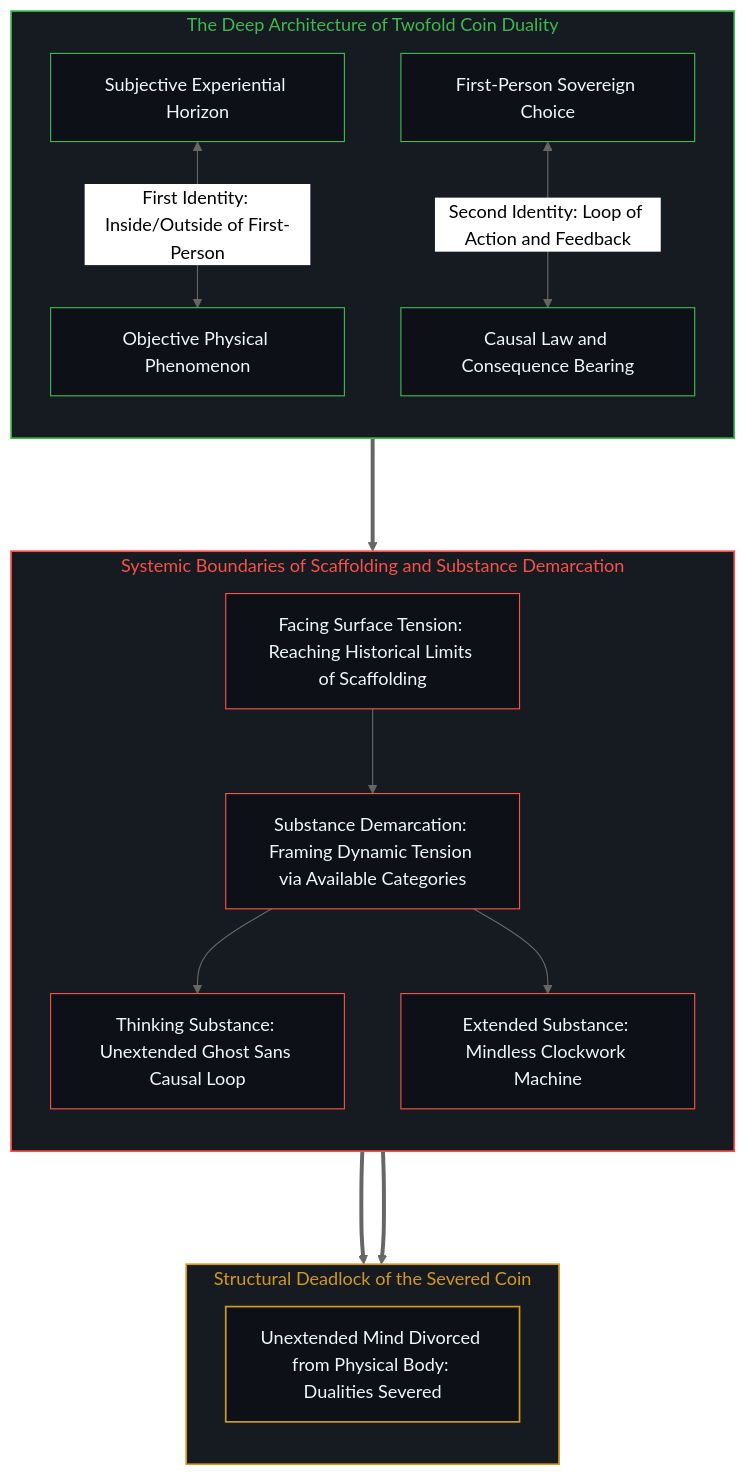
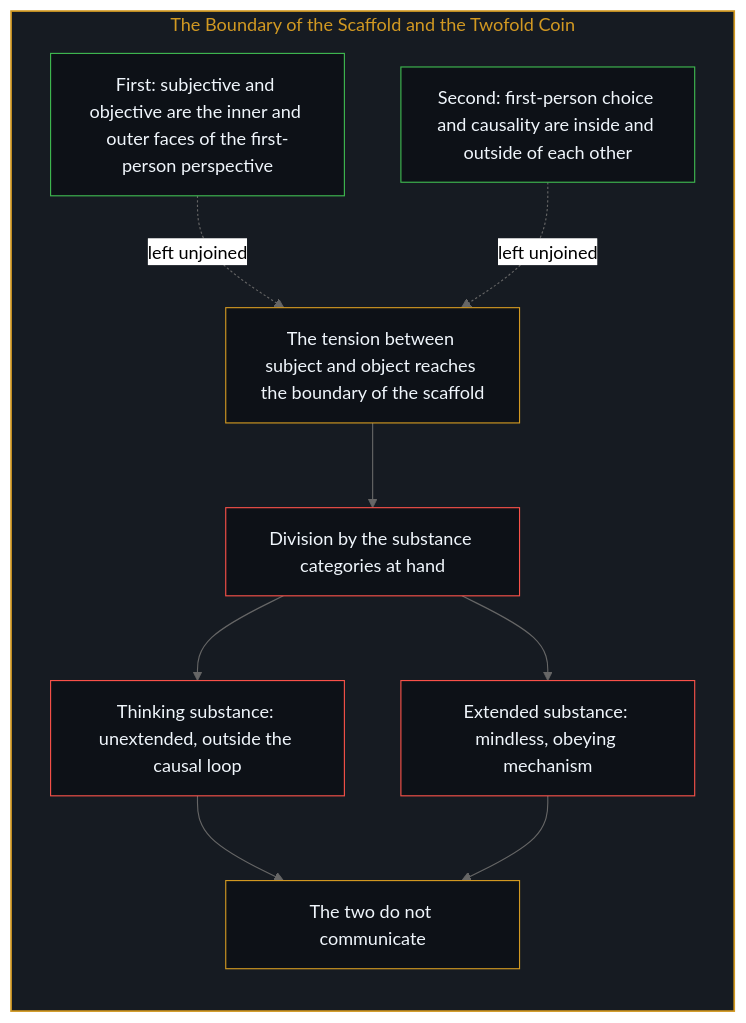
The fourth of 10 diagrams in content/posts/the-cartesian-overstep-and-the-frenzy-of-creation.md (powerpig99/not-a-toe), drawn with Mermaid (neutral theme) before and after one commit. The commit also changed other lines of this file and 2 other files, not shown here.

Commit message:
Refine the-cartesian-overstep-and-the-frenzy-of-creation: alternating bilingual layout, five paired diagrams, the chain of choices in place of claims about a machine's inside, implicit first person

````diff
--- a/content/posts/the-cartesian-overstep-and-the-frenzy-of-creation.md
+++ b/content/posts/the-cartesian-overstep-and-the-frenzy-of-creation.md
@@ -137,36 +105,29 @@
 ```mermaid
-graph TD
-    subgraph S_DualityLost_EN ["The Deep Architecture of Twofold Coin Duality"]
+flowchart TD
+    subgraph S_Coin["The Boundary of the Scaffold and the Twofold Coin"]
         direction TB
-        C1E_Subject["Subjective Experiential Horizon"] <-->|"First Identity: Inside/Outside of First-Person"| C1E_Object["Objective Physical Phenomenon"]
-        C2E_FirstPerson["First-Person Sovereign Choice"] <-->|"Second Identity: Loop of Action and Feedback"| C2E_Causality["Causal Law and Consequence Bearing"]
+        First["First: subjective and objective are the inner and outer faces of the first-person perspective"]
+        Second["Second: first-person choice and causality are inside and outside of each other"]
+        Tension["The tension between subject and object reaches the boundary of the scaffold"]
+        Reify["Division by the substance categories at hand"]
+        Cog["Thinking substance: unextended, outside the causal loop"]
+        Ext["Extended substance: mindless, obeying mechanism"]
+        Lock["The two do not communicate"]
+        First -.->|"left unjoined"| Tension
+        Second -.->|"left unjoined"| Tension
+        Tension --> Reify
+        Reify --> Cog
+        Reify --> Ext
+        Cog --> Lock
+        Ext --> Lock
     end
 
-    subgraph S_CartesianScaffolding_EN ["Systemic Boundaries of Scaffolding and Substance Demarcation"]
-        direction TB
-        RE_Surface["Facing Surface Tension: Reaching Historical Limits of Scaffolding"] --> RE_Reify["Substance Demarcation: Framing Dynamic Tension via Available Categories"]
-        RE_Reify --> RE_Cogitans["Thinking Substance: Unextended Ghost Sans Causal Loop"]
-        RE_Reify --> RE_Extensa["Extended Substance: Mindless Clockwork Machine"]
-    end
-
-    subgraph S_FracturedVoid_EN ["Structural Deadlock of the Severed Coin"]
-        direction TB
-        FE_Deadlock["Unextended Mind Divorced from Physical Body: Dualities Severed"]
-    end
-
-    C2E_Causality ===> RE_Surface
-    RE_Cogitans & RE_Extensa ===> FE_Deadlock
-
-    style S_DualityLost_EN fill:#161b22,stroke:#3fb950,stroke-width:1.5px,color:#3fb950
-    style S_CartesianScaffolding_EN fill:#161b22,stroke:#f85149,stroke-width:1.5px,color:#f85149
-    style S_FracturedVoid_EN fill:#161b22,stroke:#d29922,stroke-width:1.5px,color:#d29922
-    style C1E_Subject fill:#0d1117,stroke:#3fb950,stroke-width:1px,color:#f0f6fc
-    style C1E_Object fill:#0d1117,stroke:#3fb950,stroke-width:1px,color:#f0f6fc
-    style C2E_FirstPerson fill:#0d1117,stroke:#3fb950,stroke-width:1px,color:#f0f6fc
-    style C2E_Causality fill:#0d1117,stroke:#3fb950,stroke-width:1px,color:#f0f6fc
-    style RE_Surface fill:#0d1117,stroke:#f85149,stroke-width:1px,color:#f0f6fc
-    style RE_Reify fill:#0d1117,stroke:#f85149,stroke-width:1px,color:#f0f6fc
-    style RE_Cogitans fill:#0d1117,stroke:#f85149,stroke-width:1px,color:#f0f6fc
-    style RE_Extensa fill:#0d1117,stroke:#f85149,stroke-width:1px,color:#f0f6fc
-    style FE_Deadlock fill:#0d1117,stroke:#d29922,stroke-width:1.5px,color:#f0f6fc
+    style S_Coin fill:#161b22,stroke:#d29922,stroke-width:1.5px,color:#d29922
+    style First fill:#0d1117,stroke:#3fb950,stroke-width:1px,color:#f0f6fc
+    style Second fill:#0d1117,stroke:#3fb950,stroke-width:1px,color:#f0f6fc
+    style Tension fill:#0d1117,stroke:#d29922,stroke-width:1px,color:#f0f6fc
+    style Reify fill:#0d1117,stroke:#f85149,stroke-width:1px,color:#f0f6fc
+    style Cog fill:#0d1117,stroke:#f85149,stroke-width:1px,color:#f0f6fc
+    style Ext fill:#0d1117,stroke:#f85149,stroke-width:1px,color:#f0f6fc
+    style Lock fill:#0d1117,stroke:#d29922,stroke-width:1px,color:#f0f6fc
 ```
````
